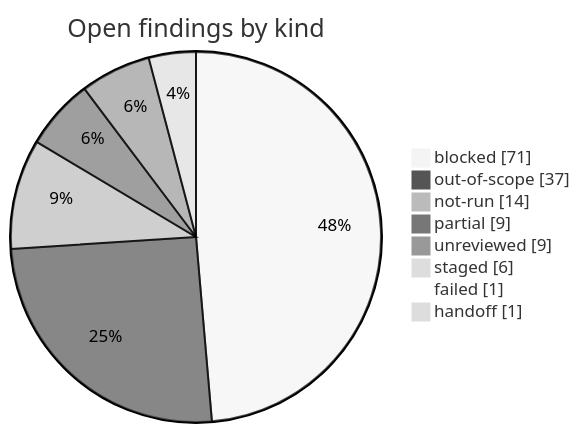
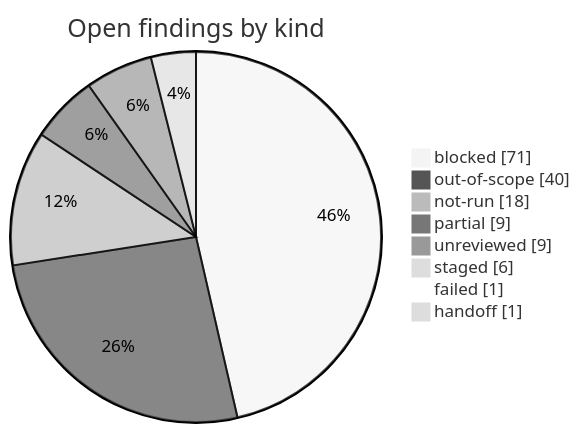
The diagram in research/open-findings.md (korczis/OpenTTD), drawn with Mermaid (neutral theme) before and after one commit. The commit also changed other lines of this file, not shown here.

Commit message:
Doc: [Surfaces] The open findings include what I0221 left out

````diff
--- a/research/open-findings.md
+++ b/research/open-findings.md
@@ -36,12 +36,12 @@
 ```mermaid
 pie showData title Open findings by kind
     %% links: open-findings.md?col=Kind&filter=blocked#findings | open-findings.md?col=Kind&filter=out-of-scope#findings | open-findings.md?col=Kind&filter=not-run#findings | open-findings.md?col=Kind&filter=partial#findings | open-findings.md?col=Kind&filter=unreviewed#findings | open-findings.md?col=Kind&filter=staged#findings | open-findings.md?col=Kind&filter=failed#findings | open-findings.md?col=Kind&filter=handoff#findings
     "blocked" : 71
-    "out-of-scope" : 37
-    "not-run" : 14
+    "out-of-scope" : 40
+    "not-run" : 18
     "partial" : 9
     "unreviewed" : 9
     "staged" : 6
     "failed" : 1
     "handoff" : 1
 ```
````
